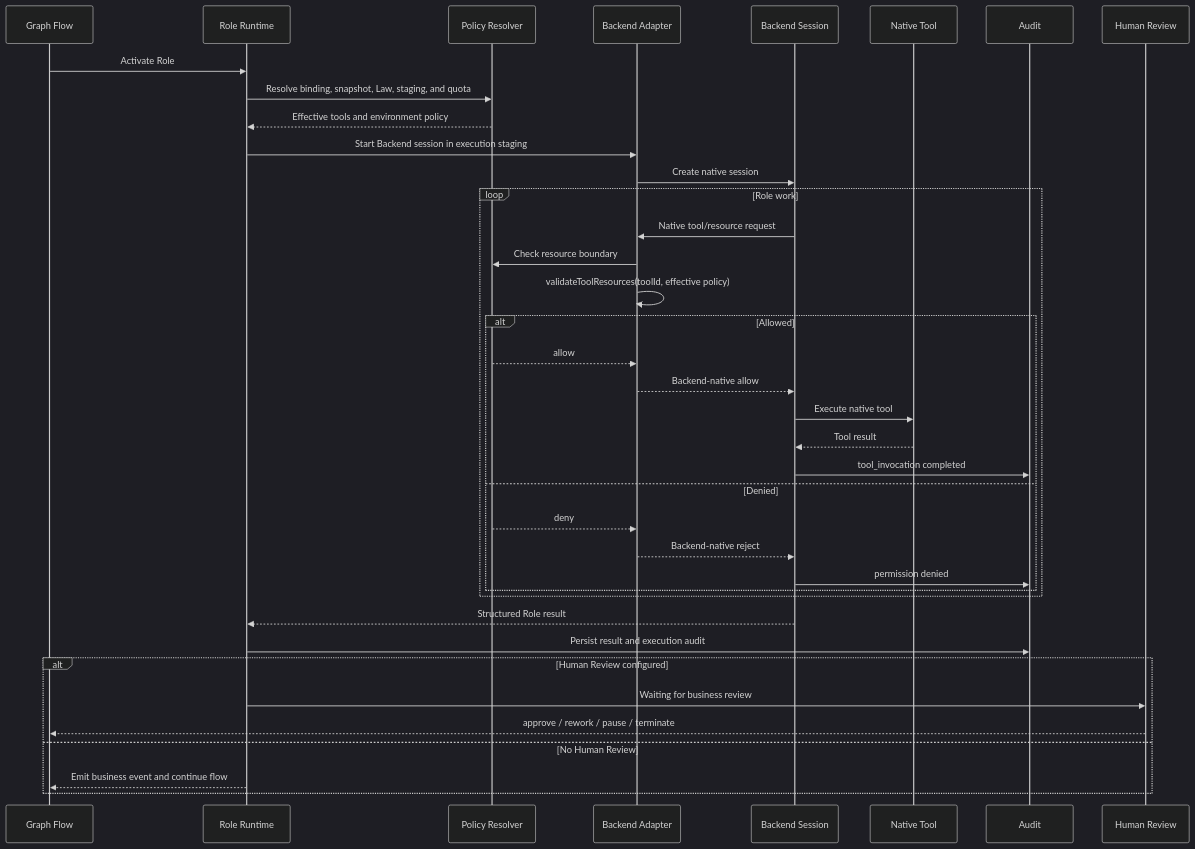
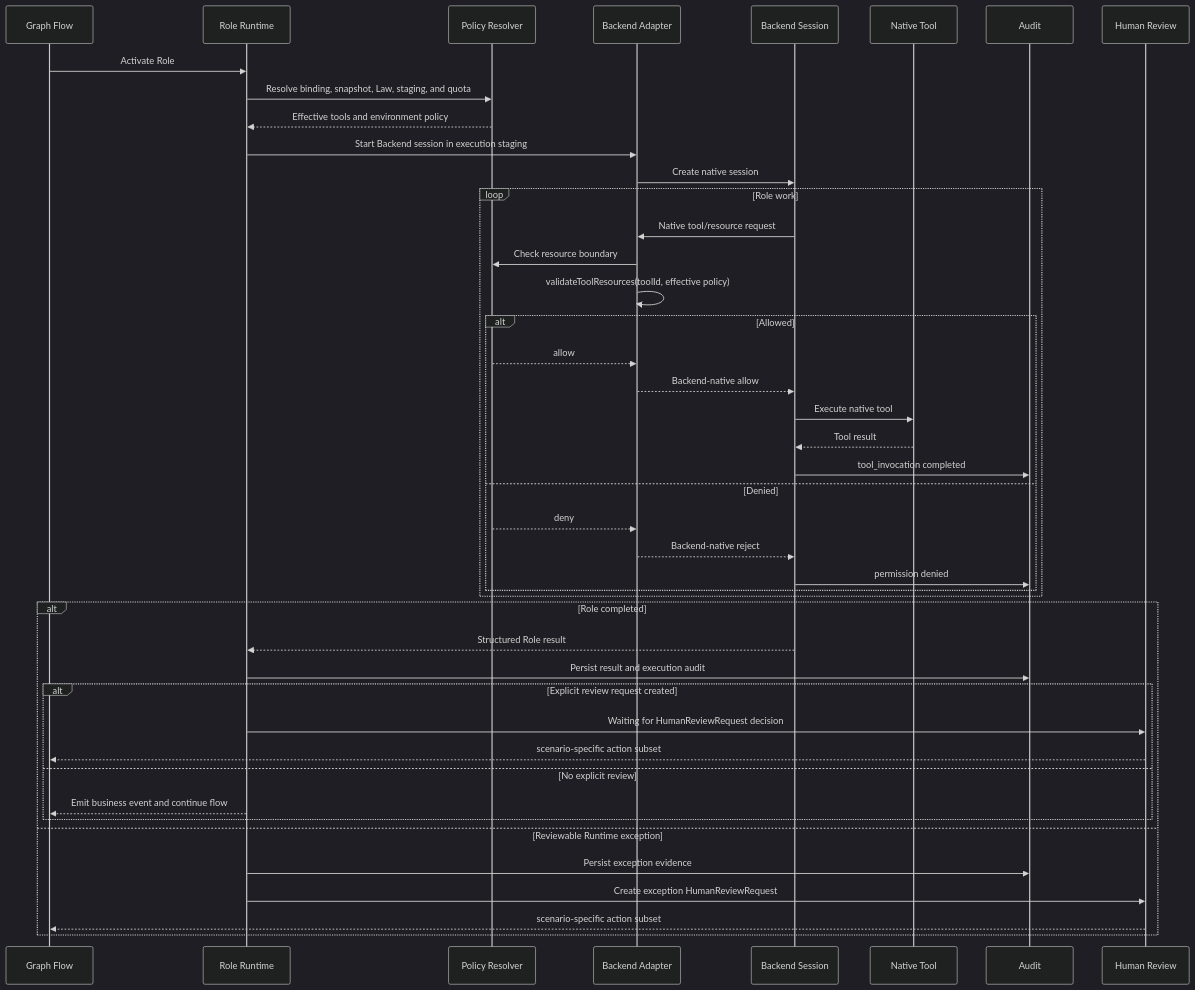
One commit to Fredericzhou/ogsystem changed the sixth of 8 diagrams in docs/development/role-execution-architecture.md. Above: the diagram before and after it, drawn with Mermaid (dark theme). The commit also changed other lines of this file and 1 other file, not shown here.

Commit message:
docs: finalize OGS contract set v2 architecture

````diff
--- a/docs/development/role-execution-architecture.md
+++ b/docs/development/role-execution-architecture.md
@@ -1051,43 +1444,49 @@
 ```mermaid
 sequenceDiagram
     participant F as Graph Flow
     participant R as Role Runtime
     participant P as Policy Resolver
     participant A as Backend Adapter
     participant B as Backend Session
     participant T as Native Tool
     participant U as Audit
     participant H as Human Review
 
     F->>R: Activate Role
     R->>P: Resolve binding, snapshot, Law, staging, and quota
     P-->>R: Effective tools and environment policy
     R->>A: Start Backend session in execution staging
     A->>B: Create native session
 
     loop Role work
         B->>A: Native tool/resource request
         A->>P: Check resource boundary
         A->>A: validateToolResources(toolId, effective policy)
         alt Allowed
             P-->>A: allow
             A-->>B: Backend-native allow
             B->>T: Execute native tool
             T-->>B: Tool result
             B->>U: tool_invocation completed
         else Denied
             P-->>A: deny
             A-->>B: Backend-native reject
             B->>U: permission denied
         end
     end
 
-    B-->>R: Structured Role result
-    R->>U: Persist result and execution audit
-    alt Human Review configured
-        R->>H: Waiting for business review
-        H-->>F: approve / rework / pause / terminate
-    else No Human Review
-        R-->>F: Emit business event and continue flow
+    alt Role completed
+        B-->>R: Structured Role result
+        R->>U: Persist result and execution audit
+        alt Explicit review request created
+            R->>H: Waiting for HumanReviewRequest decision
+            H-->>F: scenario-specific action subset
+        else No explicit review
+            R-->>F: Emit business event and continue flow
+        end
+    else Reviewable Runtime exception
+        R->>U: Persist exception evidence
+        R->>H: Create exception HumanReviewRequest
+        H-->>F: scenario-specific action subset
     end
 ```
````
